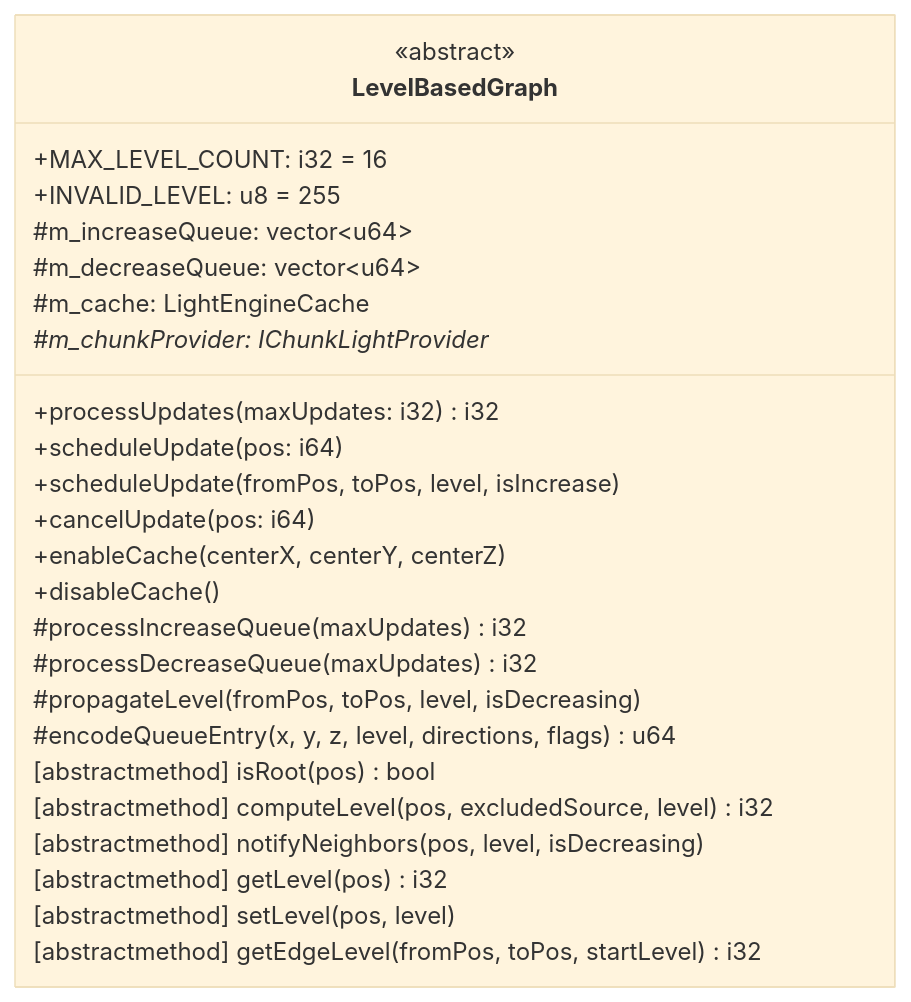
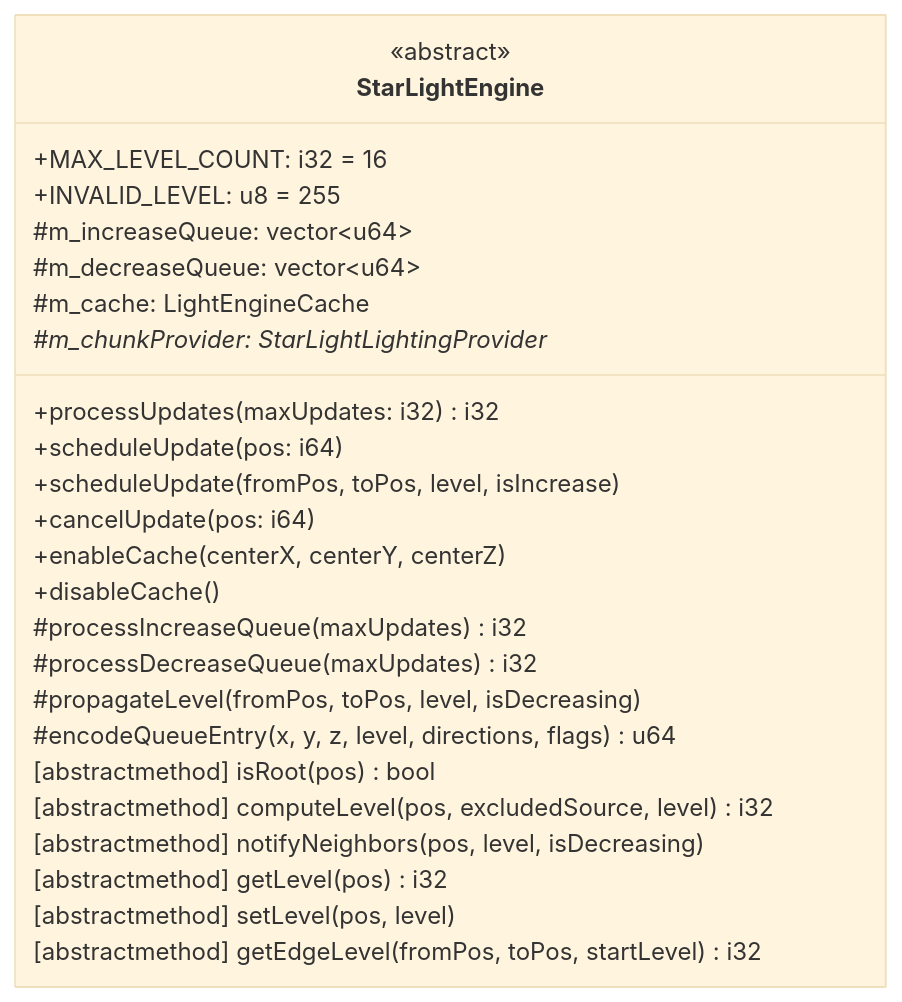
The first of 6 diagrams in src/common/world/lighting/engine/README.md (g122622/Cubium), drawn with Mermaid (base theme) before and after one commit. The commit also changed other lines of this file and 29 other files, not shown here.

````diff
--- a/src/common/world/lighting/engine/README.md
+++ b/src/common/world/lighting/engine/README.md
@@ -25,31 +26,31 @@
 ```mermaid
 classDiagram
-    class LevelBasedGraph {
+    class StarLightEngine {
         <<abstract>>
         +MAX_LEVEL_COUNT: i32 = 16
         +INVALID_LEVEL: u8 = 255
         #m_increaseQueue: vector~u64~
         #m_decreaseQueue: vector~u64~
         #m_cache: LightEngineCache
-        #m_chunkProvider: IChunkLightProvider*
+        #m_chunkProvider: StarLightLightingProvider*
 
         +processUpdates(maxUpdates: i32) i32
         +scheduleUpdate(pos: i64)
         +scheduleUpdate(fromPos, toPos, level, isIncrease)
         +cancelUpdate(pos: i64)
         +enableCache(centerX, centerY, centerZ)
         +disableCache()
 
         #processIncreaseQueue(maxUpdates) i32
         #processDecreaseQueue(maxUpdates) i32
         #propagateLevel(fromPos, toPos, level, isDecreasing)
         #encodeQueueEntry(x, y, z, level, directions, flags) u64
 
         [abstractmethod] isRoot(pos) bool
         [abstractmethod] computeLevel(pos, excludedSource, level) i32
         [abstractmethod] notifyNeighbors(pos, level, isDecreasing)
         [abstractmethod] getLevel(pos) i32
         [abstractmethod] setLevel(pos, level)
         [abstractmethod] getEdgeLevel(fromPos, toPos, startLevel) i32
     }
 ```
````
